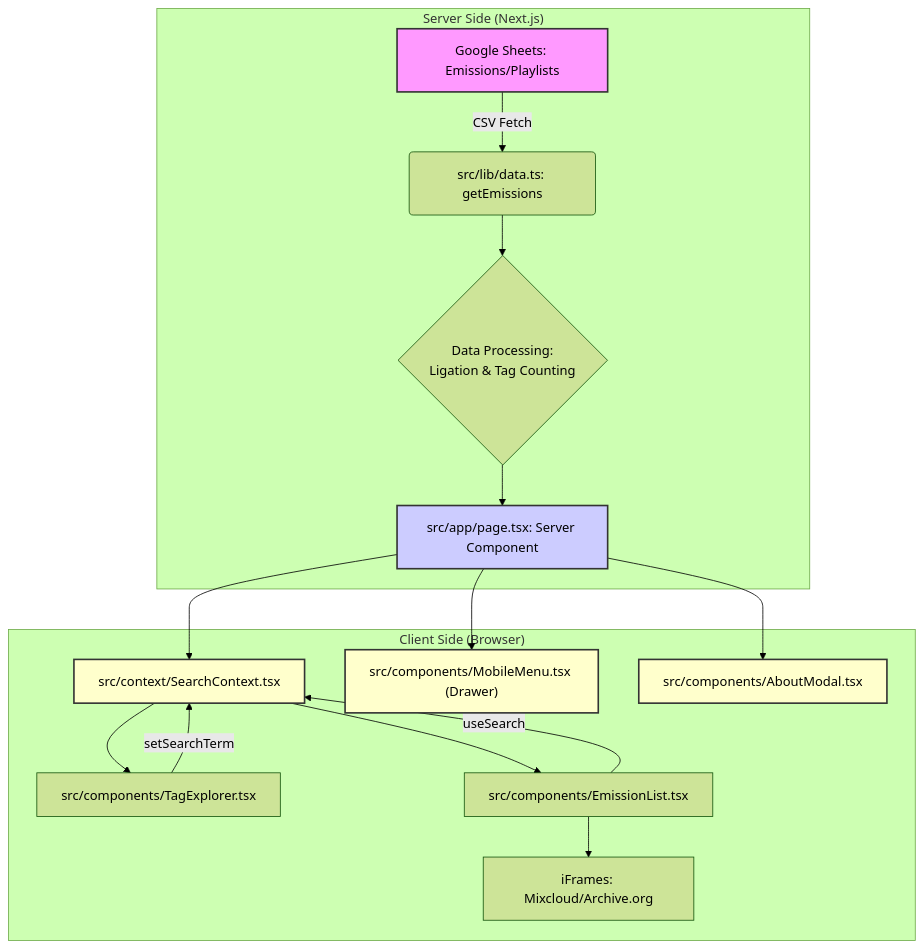
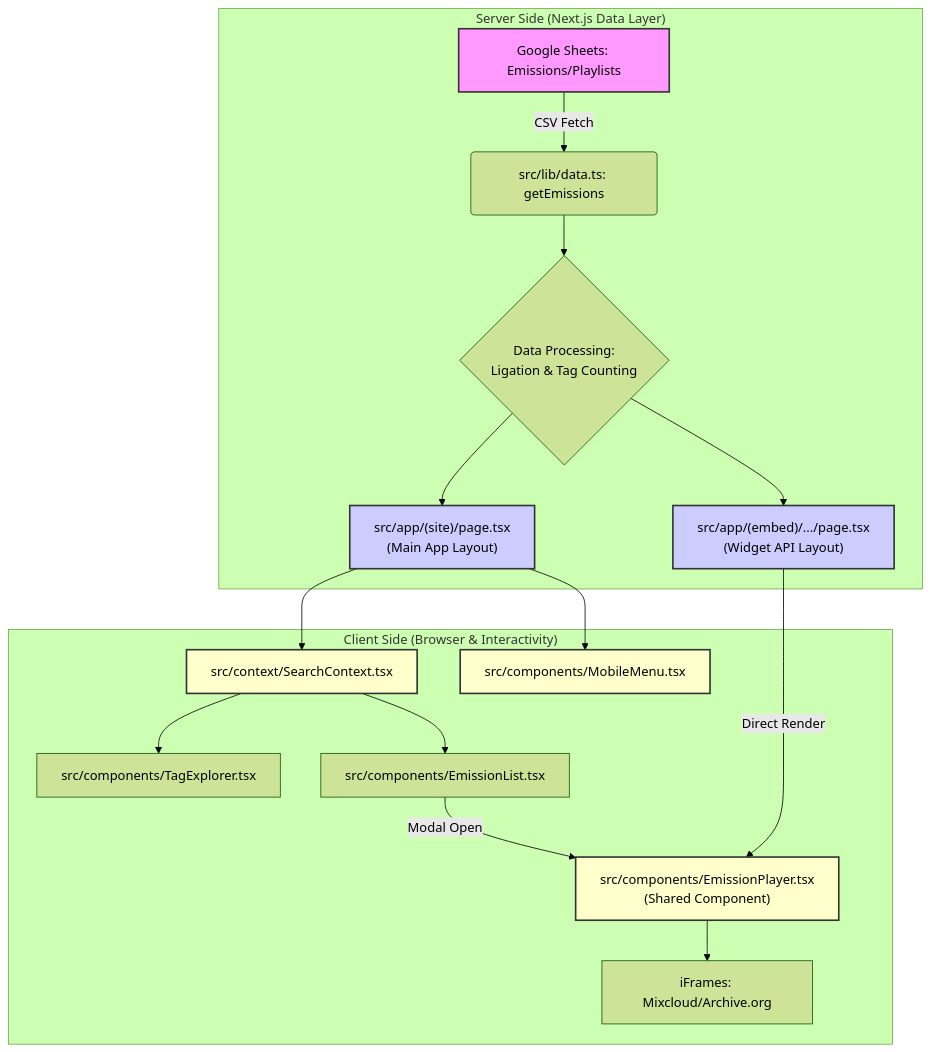
The diagram in ARCHITECTURE.md (tolliug-hue/tupi-or-not), drawn with Mermaid (forest theme) before and after one commit. The commit also changed other lines of this file and 9 other files, not shown here.

Commit message:
feat(release): v1.1.0 - widget embed api for radio octopus

````diff
--- a/ARCHITECTURE.md
+++ b/ARCHITECTURE.md
@@ -6,25 +13,32 @@
 ```mermaid
 flowchart TD
     %% Définition des styles (Classes)
     classDef source fill:#f9f,stroke:#333,stroke-width:2px;
     classDef server fill:#ccf,stroke:#333,stroke-width:2px;
     classDef client fill:#ffc,stroke:#333,stroke-width:2px;
 
-    subgraph Server ["Server Side (Next.js)"]
+    subgraph Server ["Server Side (Next.js Data Layer)"]
         %% :::source applique la classe 'source' au noeud A
         A["Google Sheets: Emissions/Playlists"]:::source -->|CSV Fetch| B("src/lib/data.ts: getEmissions")
         B --> C{"Data Processing:<br/>Ligation & Tag Counting"}
-        C --> D["src/app/page.tsx: Server Component"]:::server
+        
+        %% Branching vers les deux layouts
+        C --> D1["src/app/(site)/page.tsx<br/>(Main App Layout)"]:::server
+        C --> D2["src/app/(embed)/.../page.tsx<br/>(Widget API Layout)"]:::server
     end
 
-    subgraph Client ["Client Side (Browser)"]
-        D --> E["src/context/SearchContext.tsx"]:::client
-        D --> I["src/components/MobileMenu.tsx (Drawer)"]:::client
-        D --> J["src/components/AboutModal.tsx"]:::client
+    subgraph Client ["Client Side (Browser & Interactivity)"]
+        %% Flux Site Principal
+        D1 --> E["src/context/SearchContext.tsx"]:::client
+        D1 --> I["src/components/MobileMenu.tsx"]:::client
         E --> F["src/components/TagExplorer.tsx"]
         E --> G["src/components/EmissionList.tsx"]
-        F -->|setSearchTerm| E
-        G -->|useSearch| E
-        G --> H["iFrames: Mixcloud/Archive.org"]
+        
+        %% Flux Widget & Player Partagé
+        G -->|Modal Open| K["src/components/EmissionPlayer.tsx<br/>(Shared Component)"]:::client
+        D2 -->|Direct Render| K
+        
+        %% Sortie Finale
+        K --> H["iFrames: Mixcloud/Archive.org"]
     end
 ```
````
